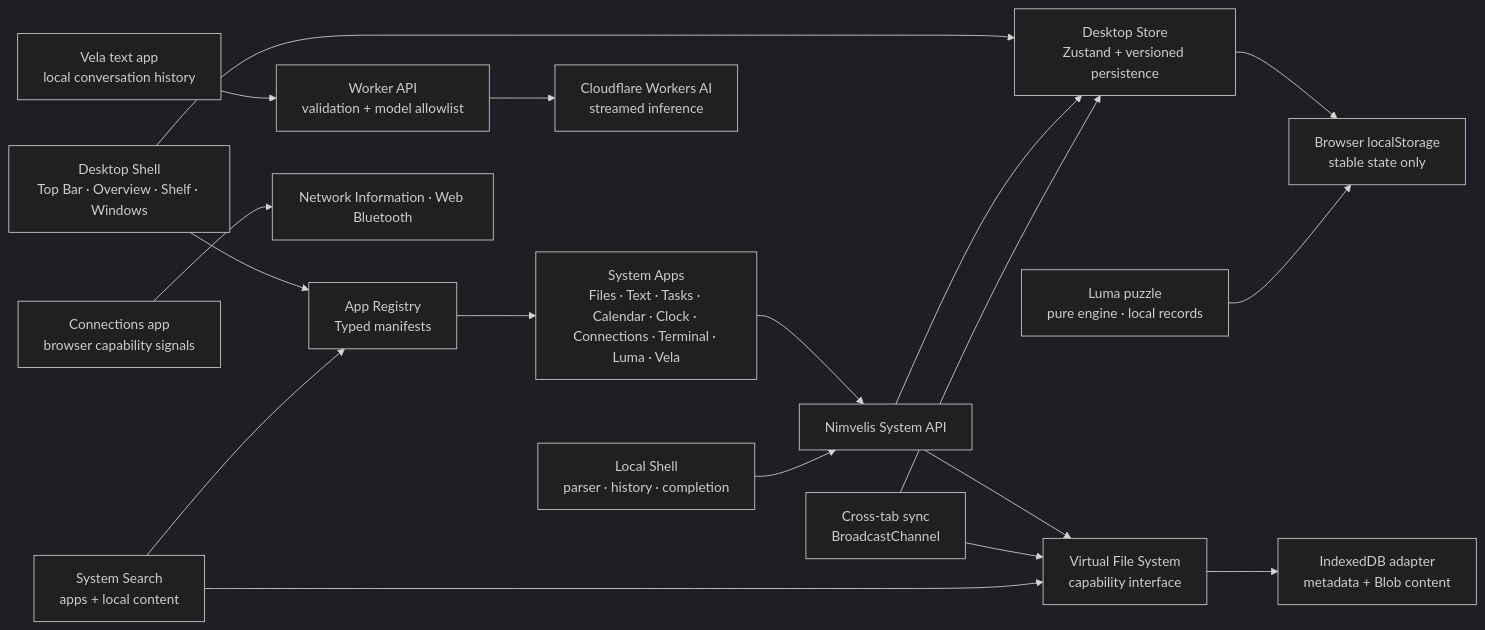
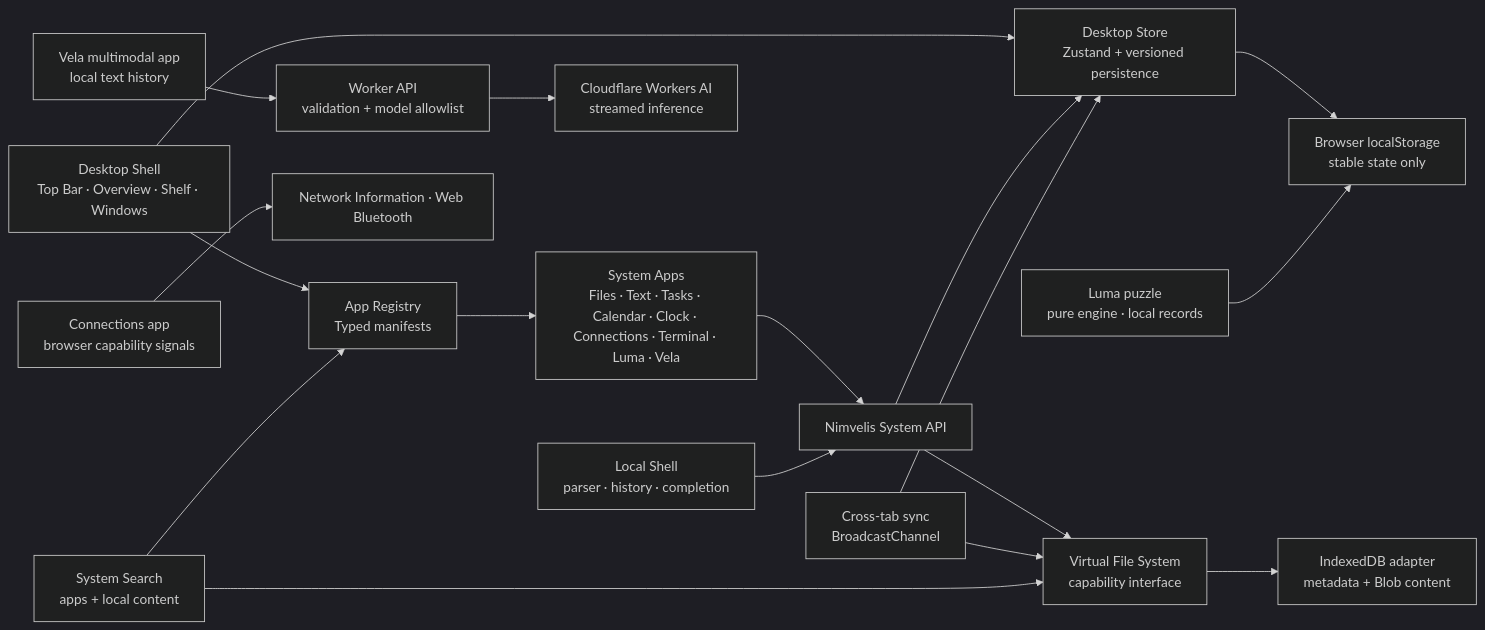
The diagram in docs/architecture.md (chatgptuk/nimvelis), drawn with Mermaid (dark theme) before and after one commit. The commit also changed other lines of this file and 12 other files, not shown here.

Commit message:
Refine app icons and add Vela vision input

````diff
--- a/docs/architecture.md
+++ b/docs/architecture.md
@@ -9,20 +9,20 @@
 ```mermaid
 flowchart LR
   Shell["Desktop Shell\nTop Bar · Overview · Shelf · Windows"] --> Store["Desktop Store\nZustand + versioned persistence"]
   Shell --> Registry["App Registry\nTyped manifests"]
   Registry --> Apps["System Apps\nFiles · Text · Tasks · Calendar · Clock · Connections · Terminal · Luma · Vela"]
   Apps --> API["Nimvelis System API"]
   API --> Store
   Store --> Persistence["Browser localStorage\nstable state only"]
   API --> VFS["Virtual File System\ncapability interface"]
   VFS --> IndexedDB["IndexedDB adapter\nmetadata + Blob content"]
   Sync["Cross-tab sync\nBroadcastChannel"] --> Store
   Sync --> VFS
   Search["System Search\napps + local content"] --> Registry
   Search --> VFS
-  Vela["Vela text app\nlocal conversation history"] --> Worker["Worker API\nvalidation + model allowlist"]
+  Vela["Vela multimodal app\nlocal text history"] --> Worker["Worker API\nvalidation + model allowlist"]
   Worker --> AI["Cloudflare Workers AI\nstreamed inference"]
   Connections["Connections app\nbrowser capability signals"] --> Browser["Network Information · Web Bluetooth"]
   Terminal["Local Shell\nparser · history · completion"] --> API
   Luma["Luma puzzle\npure engine · local records"] --> Persistence
 ```
````
